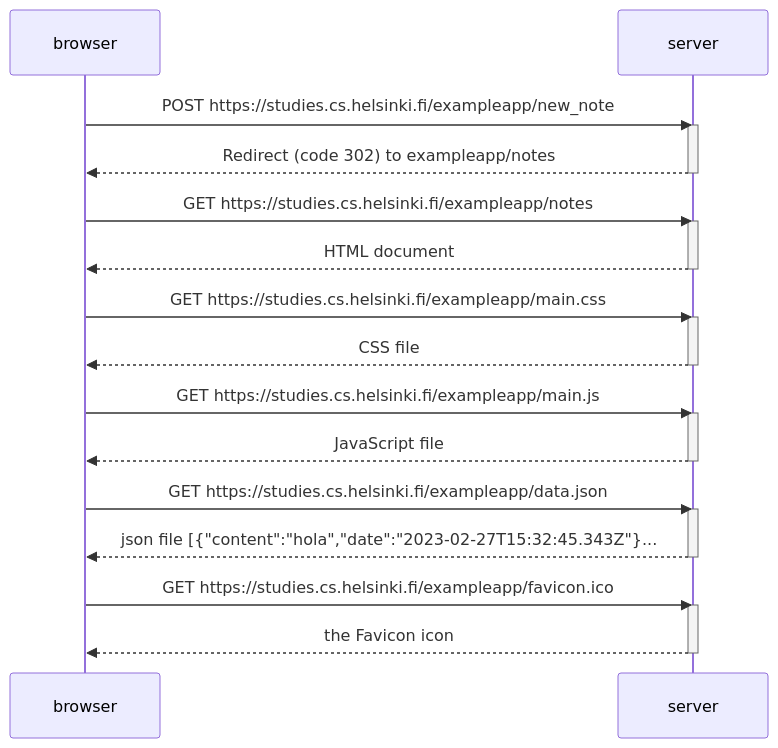
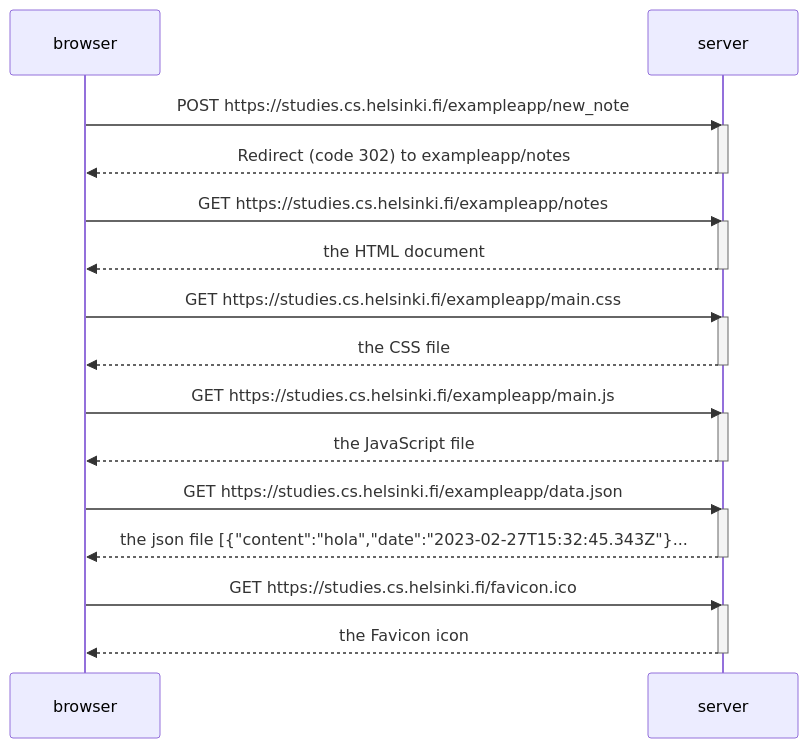
The diagram in part0/newnote.md (jonijhonkanen/Fullstack-Open), drawn with Mermaid before and after one commit. The commit also changed 1 other file, not shown here.

Commit message:
Add few corrections to texts

````diff
--- a/part0/newnote.md
+++ b/part0/newnote.md
@@ -1,36 +1,36 @@
 ```mermaid
 sequenceDiagram
     participant browser
     participant server
 
     browser ->> server: POST https://studies.cs.helsinki.fi/exampleapp/new_note
     activate server
     server-->>browser:Redirect (code 302) to exampleapp/notes
     deactivate server
 
     browser->>server: GET https://studies.cs.helsinki.fi/exampleapp/notes
     activate server
-    server-->>browser: HTML document
+    server-->>browser: the HTML document
     deactivate server
 
     browser->>server: GET https://studies.cs.helsinki.fi/exampleapp/main.css
     activate server
-    server-->>browser: CSS file
+    server-->>browser: the CSS file
     deactivate server
 
     browser->>server: GET https://studies.cs.helsinki.fi/exampleapp/main.js
     activate server
-    server-->>browser: JavaScript file
+    server-->>browser: the JavaScript file
     deactivate server
 
     browser->>server: GET https://studies.cs.helsinki.fi/exampleapp/data.json
     activate server
-    server-->>browser: json file [{"content":"hola","date":"2023-02-27T15:32:45.343Z"}...
+    server-->>browser: the json file [{"content":"hola","date":"2023-02-27T15:32:45.343Z"}...
     deactivate server
 
-    browser->>server: GET https://studies.cs.helsinki.fi/exampleapp/favicon.ico
+    browser->>server: GET https://studies.cs.helsinki.fi/favicon.ico
     activate server
     server-->>browser: the Favicon icon
     deactivate server
 
 ```
````
